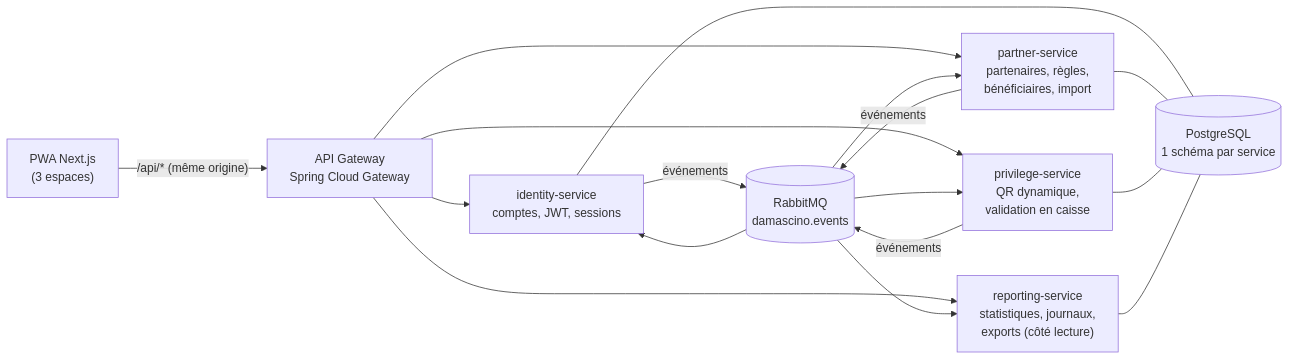
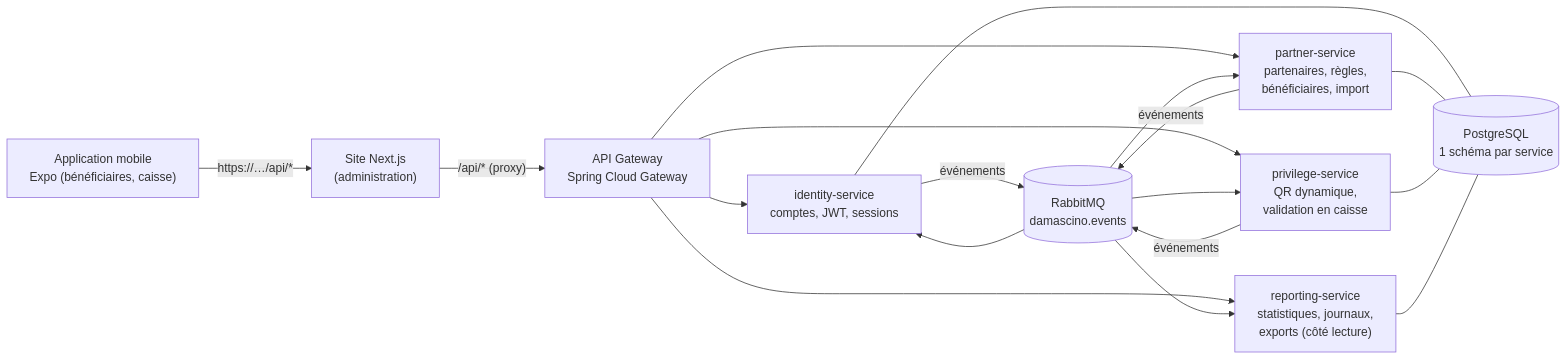
The diagram in README.md (bah13-a/damscino), drawn with Mermaid before and after one commit. The commit also changed other lines of this file and 32 other files, not shown here.

First line of the commit message:
Document the mobile app and update the manual

````diff
--- a/README.md
+++ b/README.md
@@ -24,13 +27,14 @@
 ```mermaid
 flowchart LR
-  PWA["PWA Next.js<br/>(3 espaces)"] -- "/api/* (même origine)" --> GW["API Gateway<br/>Spring Cloud Gateway"]
+  APP["Application mobile<br/>Expo (bénéficiaires, caisse)"] -- "https://…/api/*" --> WEB
+  WEB["Site Next.js<br/>(administration)"] -- "/api/* (proxy)" --> GW["API Gateway<br/>Spring Cloud Gateway"]
   GW --> ID["identity-service<br/>comptes, JWT, sessions"]
   GW --> PA["partner-service<br/>partenaires, règles,<br/>bénéficiaires, import"]
   GW --> PR["privilege-service<br/>QR dynamique,<br/>validation en caisse"]
   GW --> RE["reporting-service<br/>statistiques, journaux,<br/>exports (côté lecture)"]
   PA -- événements --> MQ[(RabbitMQ<br/>damascino.events)]
   ID -- événements --> MQ
   PR -- événements --> MQ
   MQ --> ID & PA & PR & RE
   ID & PA & PR & RE --- DB[(PostgreSQL<br/>1 schéma par service)]
 ```
````
